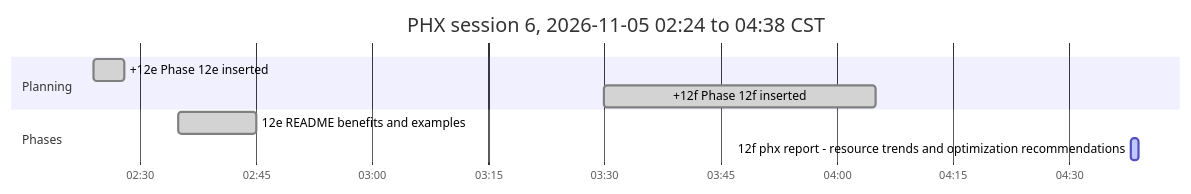
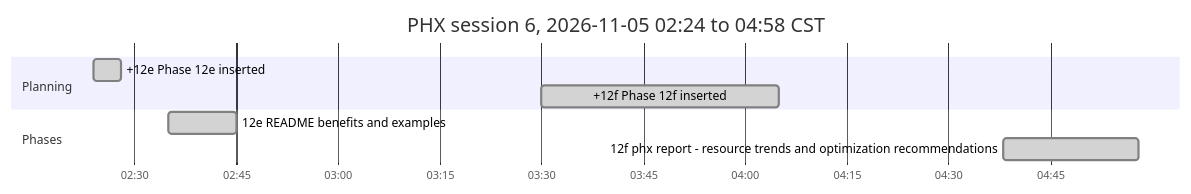
One commit to antonizick/PhaseHypervisor changed the sixth of 6 diagrams in docs/PHX_FINAL-REPORT.md. Above: the diagram before and after it, drawn with Mermaid. The commit also changed other lines of this file and 2 other files, not shown here.

Commit message:
docs(plan): refresh timeline

````diff
--- a/docs/PHX_FINAL-REPORT.md
+++ b/docs/PHX_FINAL-REPORT.md
@@ -162,12 +162,12 @@
 ```mermaid
 gantt
-    title PHX session 6, 2026-11-05 02:24 to 04:38 CST
+    title PHX session 6, 2026-11-05 02:24 to 04:58 CST
     dateFormat YYYY-MM-DD HH:mm
     axisFormat %H:%M
     section Planning
     +12e Phase 12e inserted :done, plan4, 2026-11-05 02:24, 2026-11-05 02:28
     +12f Phase 12f inserted :done, plan5, 2026-11-05 03:30, 2026-11-05 04:05
     section Phases
     12e README benefits and examples :done, p12es6, 2026-11-05 02:35, 2026-11-05 02:45
-    12f phx report - resource trends and optimization recommendations :active, p12fs6, 2026-11-05 04:38, 2026-11-05 04:39
+    12f phx report - resource trends and optimization recommendations :done, p12fs6, 2026-11-05 04:38, 2026-11-05 04:58
 ```
````
